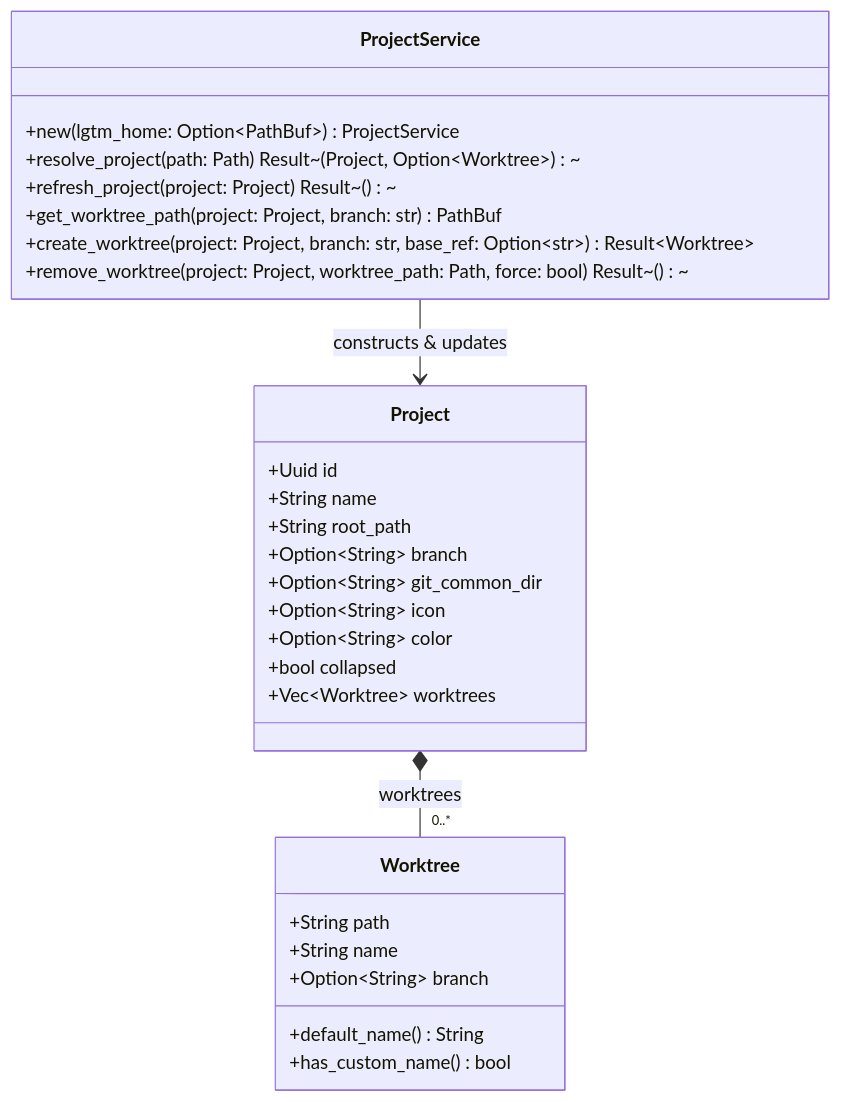
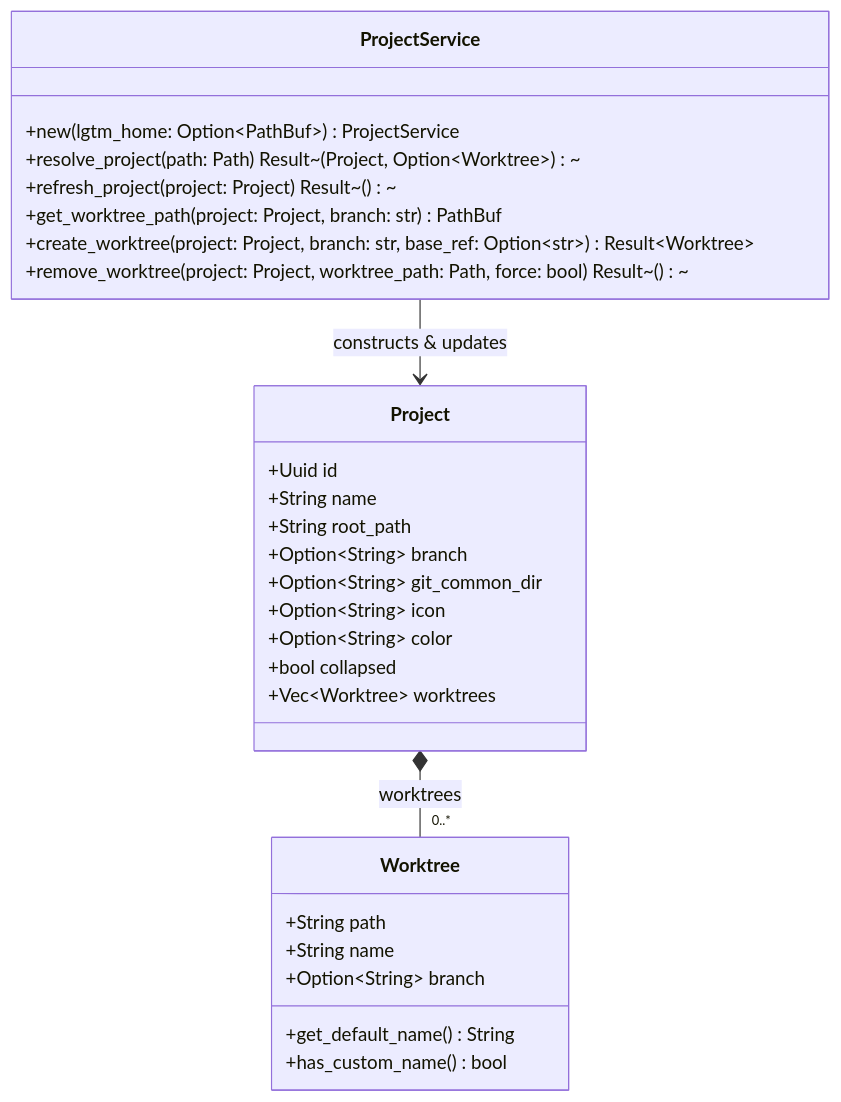
One commit to difflab-io/lgtm changed the second of 3 diagrams in docs/architecture/project/index.md. Above: the diagram before and after it, drawn with Mermaid. The commit also changed 56 other files, not shown here.

````diff
--- a/docs/architecture/project/index.md
+++ b/docs/architecture/project/index.md
@@ -55,36 +55,36 @@
 ```mermaid
 classDiagram
     direction TB
 
     class Project {
         +Uuid id
         +String name
         +String root_path
         +Option~String~ branch
         +Option~String~ git_common_dir
         +Option~String~ icon
         +Option~String~ color
         +bool collapsed
         +Vec~Worktree~ worktrees
     }
 
     class Worktree {
         +String path
         +String name
         +Option~String~ branch
-        +default_name() String
+        +get_default_name() String
         +has_custom_name() bool
     }
 
     class ProjectService {
         +new(lgtm_home: Option~PathBuf~) ProjectService
         +resolve_project(path: Path) Result~(Project, Option~Worktree~)~
         +refresh_project(project: Project) Result~()~
         +get_worktree_path(project: Project, branch: str) PathBuf
         +create_worktree(project: Project, branch: str, base_ref: Option~str~) Result~Worktree~
         +remove_worktree(project: Project, worktree_path: Path, force: bool) Result~()~
     }
 
     Project *-- "0..*" Worktree : worktrees
     ProjectService --> Project : constructs & updates
 ```
````
